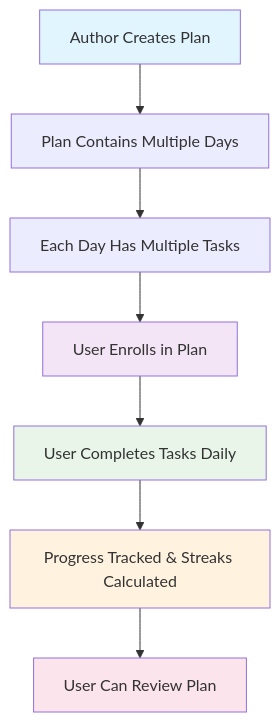
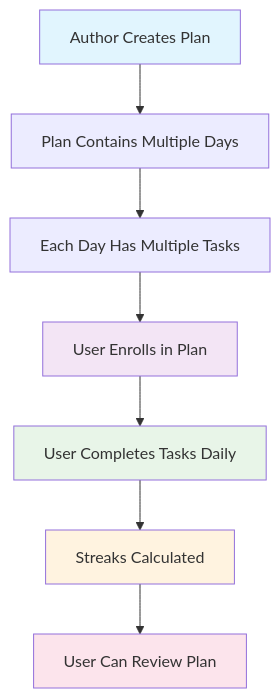
Before and after one commit to OpenPecha/plan_documentation: the second of 3 diagrams in docs/database/database-schema-diagram.md, drawn with Mermaid. The commit also changed other lines of this file and 8 other files, not shown here.

Commit message:
updated schema and other documentation accroding to updated schema

````diff
--- a/docs/database/database-schema-diagram.md
+++ b/docs/database/database-schema-diagram.md
@@ -171,15 +167,15 @@
 ```mermaid
 flowchart TD
     A[Author Creates Plan] --> B[Plan Contains Multiple Days]
     B --> C[Each Day Has Multiple Tasks]
     C --> D[User Enrolls in Plan]
     D --> E[User Completes Tasks Daily]
-    E --> F[Progress Tracked & Streaks Calculated]
+    E --> F[Streaks Calculated]
     F --> G[User Can Review Plan]
     
     style A fill:#e1f5fe
     style D fill:#f3e5f5
     style E fill:#e8f5e8
     style F fill:#fff3e0
     style G fill:#fce4ec
 ```
````
